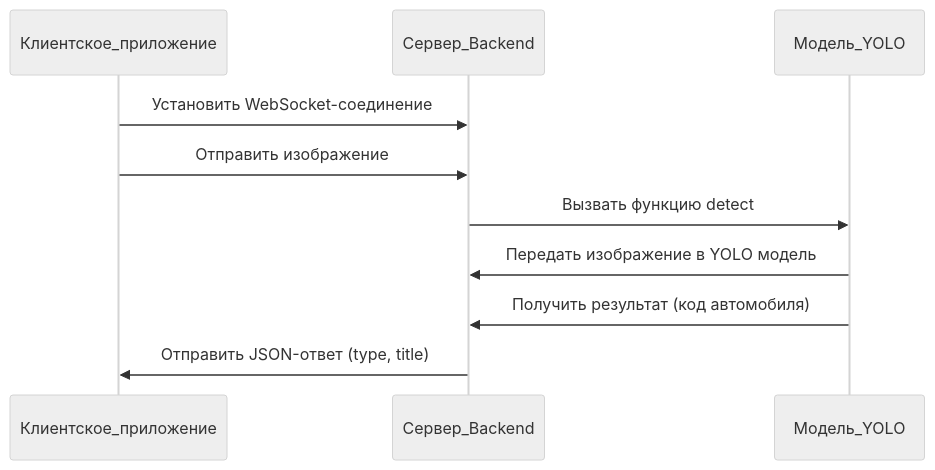
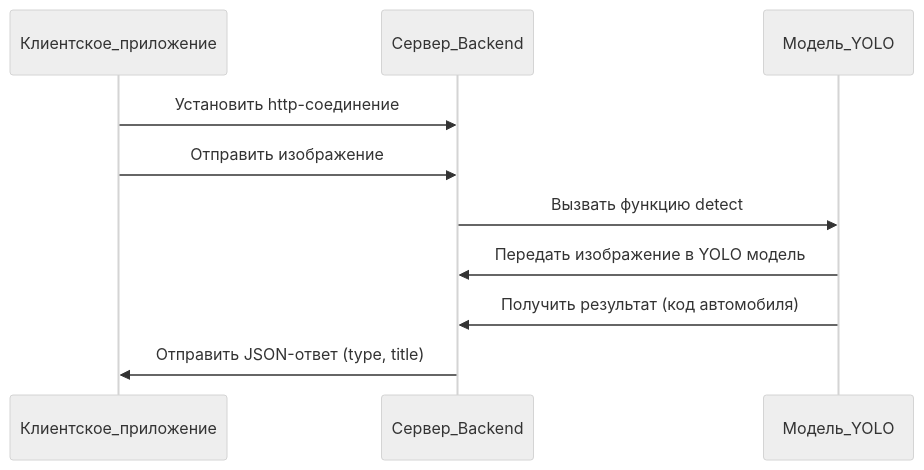
One commit to r-revel/MIFIHackatonAutoARExperience changed the diagram in docs/technical_requirements.md. Above: the diagram before and after it, drawn with Mermaid (neutral theme). The commit also changed other lines of this file and 1 other file, not shown here.

````diff
--- a/docs/technical_requirements.md
+++ b/docs/technical_requirements.md
@@ -37,13 +37,13 @@
 ```mermaid
 sequenceDiagram
     participant Клиентское_приложение
     participant Сервер_Backend
     participant Модель_YOLO
 
-    Клиентское_приложение->>Сервер_Backend: Установить WebSocket-соединение
+    Клиентское_приложение->>Сервер_Backend: Установить http-соединение
     Клиентское_приложение->>Сервер_Backend: Отправить изображение
     Сервер_Backend->>Модель_YOLO: Вызвать функцию detect
     Модель_YOLO->>Сервер_Backend: Передать изображение в YOLO модель
     Модель_YOLO->>Сервер_Backend: Получить результат (код автомобиля)
     Сервер_Backend->>Клиентское_приложение: Отправить JSON-ответ (type, title)
 ```
````
